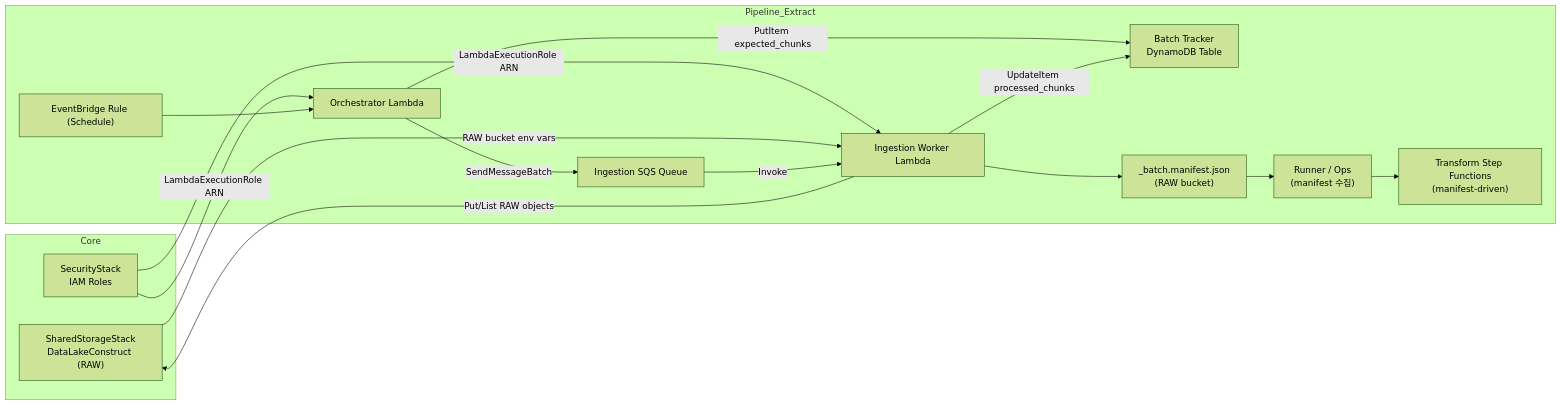
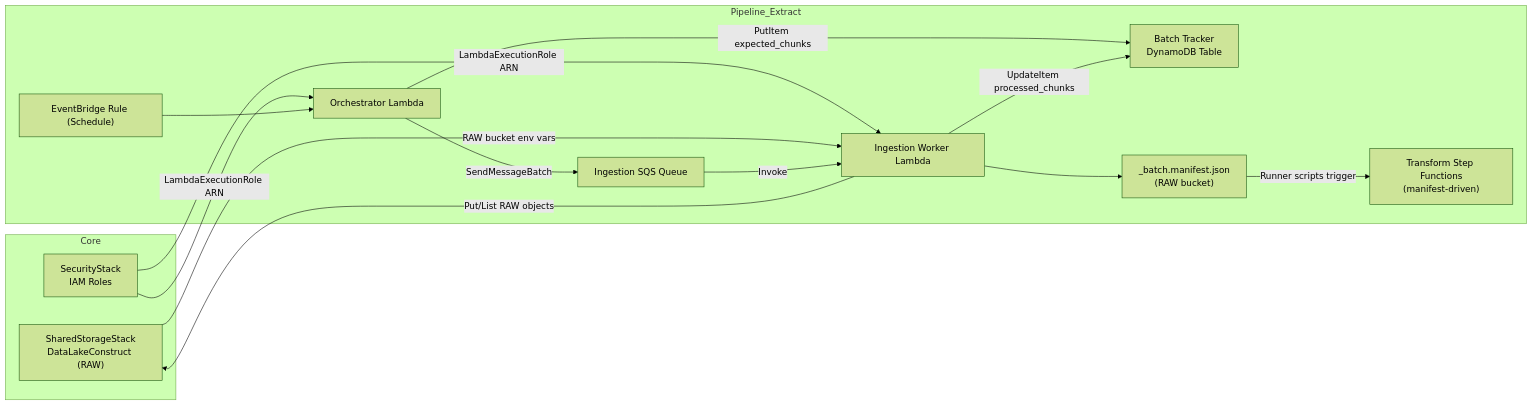
One commit to keemgdeok/fin-forge-pipeline changed the diagram in docs/diagrams/extract/01-components.md. Above: the diagram before and after it, drawn with Mermaid (forest theme). The commit also changed 10 other files, not shown here.

Commit message:
feat: update docs extract diagrams

````diff
--- a/docs/diagrams/extract/01-components.md
+++ b/docs/diagrams/extract/01-components.md
@@ -1,30 +1,28 @@
 ```mermaid
 graph LR
   subgraph Core
     SS["SharedStorageStack<br/>DataLakeConstruct (RAW)"]
     SEC["SecurityStack<br/>IAM Roles"]
   end
   subgraph Pipeline_Extract
     EV["EventBridge Rule (Schedule)"]
     ORC["Orchestrator Lambda"]
     SQS["Ingestion SQS Queue"]
     WRK["Ingestion Worker Lambda"]
     DDB["Batch Tracker<br/>DynamoDB Table"]
     MAN["_batch.manifest.json<br/>(RAW bucket)"]
-    OPS["Runner / Ops<br/>(manifest 수집)"]
     SFN["Transform Step Functions<br/>(manifest-driven)"]
   end
 
   SEC -->|LambdaExecutionRole ARN| ORC
   SEC -->|LambdaExecutionRole ARN| WRK
   SS -->|RAW bucket env vars| WRK
   EV --> ORC
   ORC -->|SendMessageBatch| SQS
   ORC -->|PutItem expected_chunks| DDB
   SQS -->|Invoke| WRK
   WRK -->|Put/List RAW objects| SS
   WRK -->|UpdateItem processed_chunks| DDB
   WRK --> MAN
-  MAN --> OPS
-  OPS --> SFN
+  MAN -->|Runner scripts trigger| SFN
 ```
````
